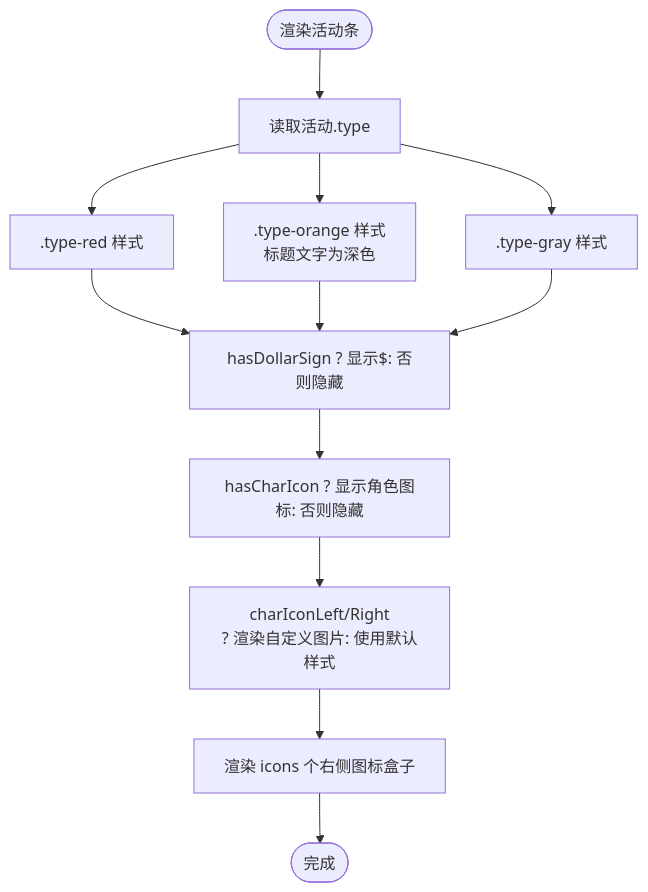
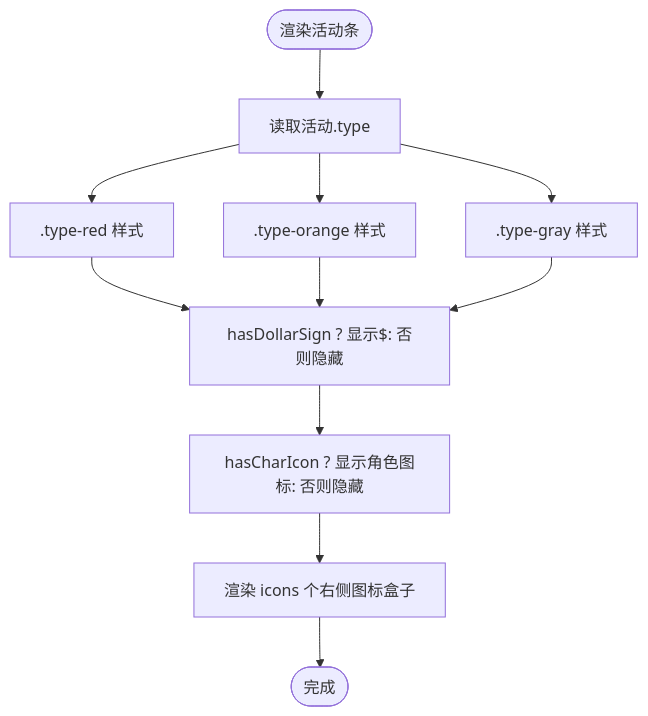
The fourth of 6 diagrams in .qoder/repowiki/zh/content/配置系统.md (xuanyulingnfeg/gameCalendar), drawn with Mermaid before and after one commit. The commit also changed other lines of this file and 5 other files, not shown here.

````diff
--- a/.qoder/repowiki/zh/content/配置系统.md
+++ b/.qoder/repowiki/zh/content/配置系统.md
@@ -186,14 +208,13 @@
 ```mermaid
 flowchart TD
 Start(["渲染活动条"]) --> CheckType["读取活动.type"]
 CheckType --> Red[".type-red 样式"]
-CheckType --> Orange[".type-orange 样式<br/>标题文字为深色"]
+CheckType --> Orange[".type-orange 样式"]
 CheckType --> Gray[".type-gray 样式"]
 Red --> Dollar["hasDollarSign ? 显示$: 否则隐藏"]
 Orange --> Dollar
 Gray --> Dollar
 Dollar --> Char["hasCharIcon ? 显示角色图标: 否则隐藏"]
-Char --> CharIcons["charIconLeft/Right<br/>? 渲染自定义图片: 使用默认样式"]
-CharIcons --> Icons["渲染 icons 个右侧图标盒子"]
+Char --> Icons["渲染 icons 个右侧图标盒子"]
 Icons --> End(["完成"])
 ```
````
